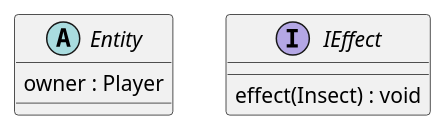
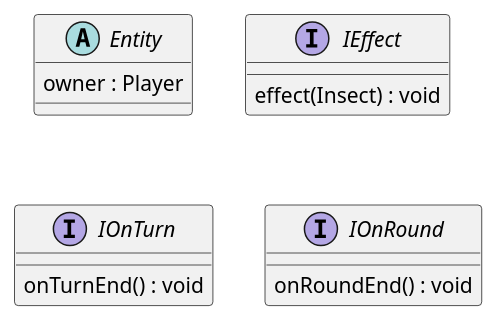
One commit to Petya-G/fungorium changed the diagram in 3/classes/entity.puml. Above: the diagram before and after it, drawn with PlantUML. The commit also changed 4 other files, not shown here.

```diff
--- a/3/classes/entity.puml
+++ b/3/classes/entity.puml
@@ -1,9 +1,17 @@
 @startuml entity
 abstract class Entity {
     owner : Player
 }
 
 interface IEffect{
     effect(Insect) : void
 }
+
+interface IOnTurn{
+    onTurnEnd() : void
+}
+
+interface IOnRound{
+    onRoundEnd() : void
+}
 @enduml
```
